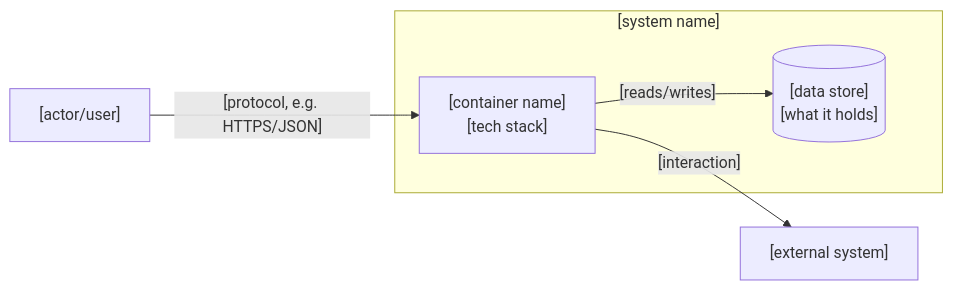
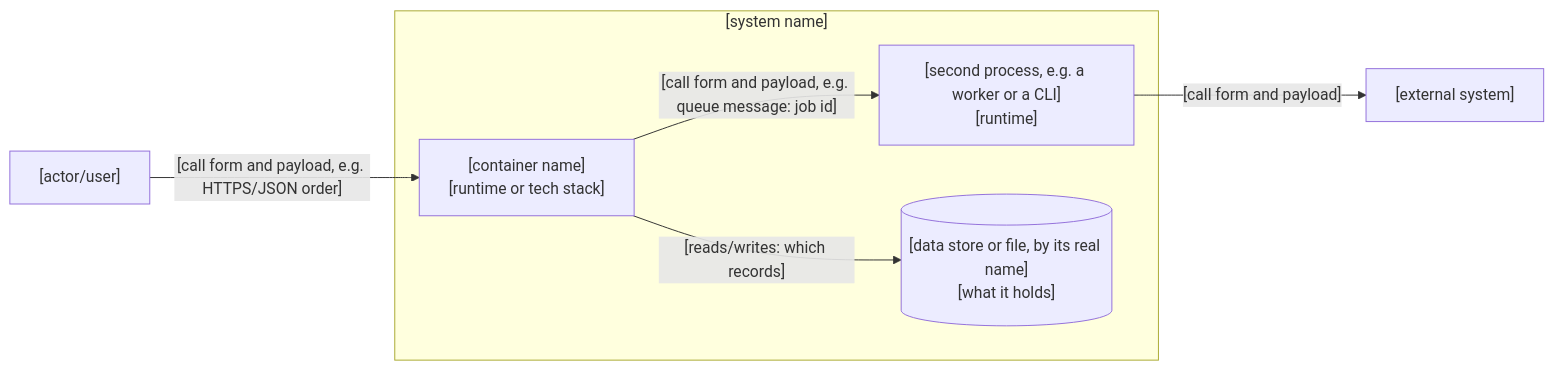
The second of 6 diagrams in core/shared/templates/doflow/design-template.md (khoavu882/do-flow), drawn with Mermaid before and after one commit. The commit also changed other lines of this file and 3 other files, not shown here.

First line of the commit message:
docs(guidance,templates): say what each diagram slot has to show

````diff
--- a/core/shared/templates/doflow/design-template.md
+++ b/core/shared/templates/doflow/design-template.md
@@ -95,13 +103,15 @@
 ```mermaid
 flowchart LR
     USER["[actor/user]"]
     subgraph boundary["[system name]"]
-        APP["[container name]<br/>[tech stack]"]
-        DB[("[data store]<br/>[what it holds]")]
+        APP["[container name]<br/>[runtime or tech stack]"]
+        WORKER["[second process, e.g. a worker or a CLI]<br/>[runtime]"]
+        DB[("[data store or file, by its real name]<br/>[what it holds]")]
     end
     EXT["[external system]"]
 
-    USER -->|"[protocol, e.g. HTTPS/JSON]"| APP
-    APP -->|"[reads/writes]"| DB
-    APP -->|"[interaction]"| EXT
+    USER -->|"[call form and payload, e.g. HTTPS/JSON order]"| APP
+    APP -->|"[call form and payload, e.g. queue message: job id]"| WORKER
+    APP -->|"[reads/writes: which records]"| DB
+    WORKER -->|"[call form and payload]"| EXT
 ```
````
